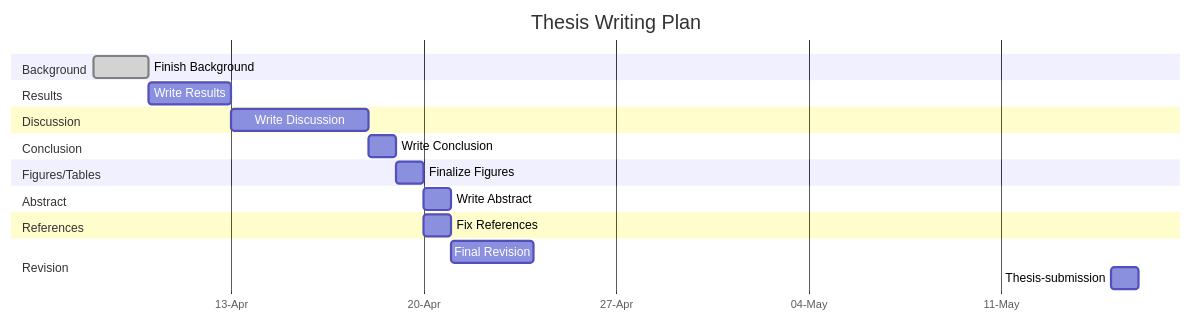
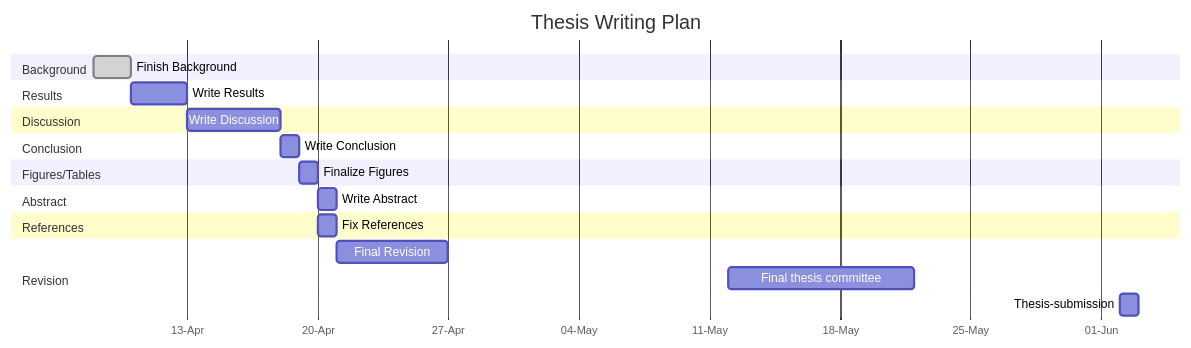
The diagram in courses/thesis/thesis-timeline.qmd (punyapatmap/education), drawn with Mermaid before and after one commit. The commit also changed other lines of this file and 1 other file, not shown here.

````diff
--- a/courses/thesis/thesis-timeline.qmd
+++ b/courses/thesis/thesis-timeline.qmd
@@ -11,23 +11,24 @@
 ```{mermaid}
 gantt
     title Thesis Writing Plan
     dateFormat  YYYY-MM-DD
     axisFormat  %d-%b
     section Background
     Finish Background     :done, bg1, 2025-04-08, 2d
     section Results
     Write Results         :rs1, 2025-04-10, 3d
     section Discussion
     Write Discussion      :dc1, 2025-04-13, 5d
     section Conclusion
     Write Conclusion      :cc1, 2025-04-18, 1d
     section Figures/Tables
     Finalize Figures      :ft1, 2025-04-19, 1d
     section Abstract
     Write Abstract        :ab1, 2025-04-20, 0.5d
     section References
     Fix References        :rf1, 2025-04-20, 1d
     section Revision
-    Final Revision        :rev1, 2025-04-21, 3d
-    Thesis-submission     :sbm2, 2025-05-15, 1d
+    Final Revision        :rev1, 2025-04-21, 6d
+    Final thesis committee  :ftc, 2025-05-12, 10d
+    Thesis-submission     :sbm2, 2025-06-2, 1d
 ```
````
